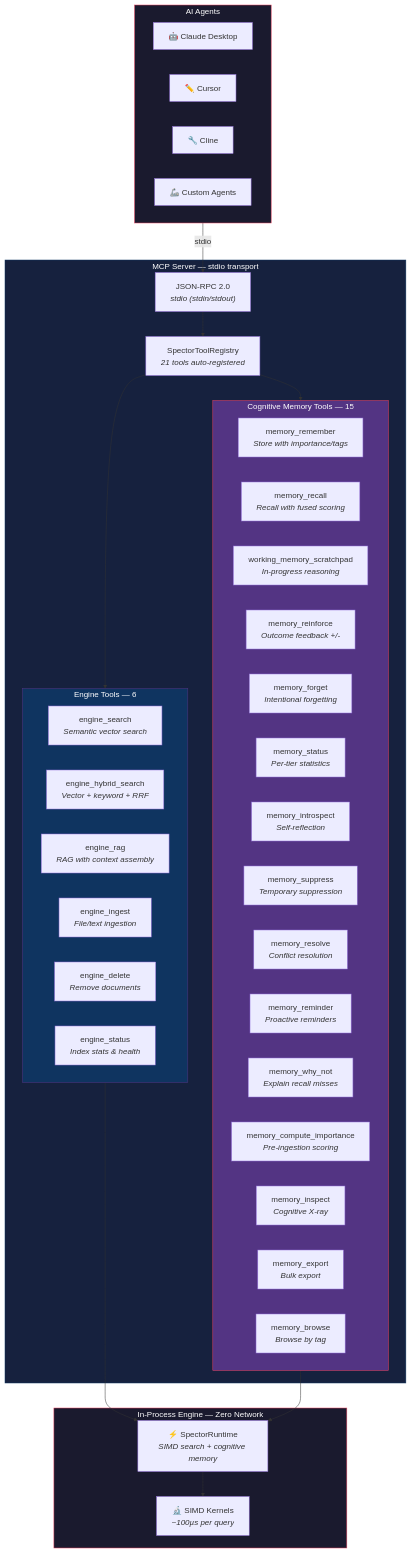
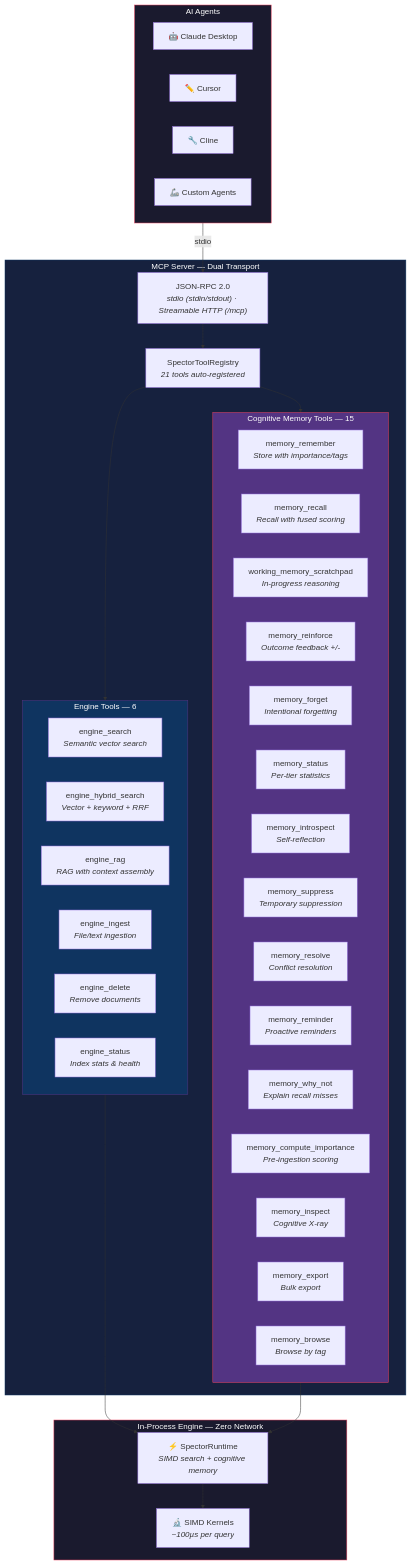
One commit to spectrayan/spector changed the fourth of 5 diagrams in README.md. Above: the diagram before and after it, drawn with Mermaid. The commit also changed other lines of this file and 38 other files, not shown here.

First line of the commit message:
docs(memory): replace implementation details with functional diagrams and product-focused content (#33)

````diff
--- a/README.md
+++ b/README.md
@@ -179,58 +181,58 @@
 ```mermaid
 graph TB
     subgraph Agents["AI Agents"]
         claude["🤖 Claude Desktop"]
         cursor["✏️ Cursor"]
         cline["🔧 Cline"]
         custom["🦾 Custom Agents"]
     end
 
-    subgraph MCP["MCP Server — stdio transport"]
-        transport["JSON-RPC 2.0<br/><i>stdio (stdin/stdout)</i>"]
+    subgraph MCP["MCP Server — Dual Transport"]
+        transport["JSON-RPC 2.0<br/><i>stdio (stdin/stdout) · Streamable HTTP (/mcp)</i>"]
         registry["SpectorToolRegistry<br/><i>21 tools auto-registered</i>"]
 
         subgraph EngineTools["Engine Tools — 6"]
             engine_search["engine_search<br/><i>Semantic vector search</i>"]
             engine_hybrid["engine_hybrid_search<br/><i>Vector + keyword + RRF</i>"]
             engine_rag["engine_rag<br/><i>RAG with context assembly</i>"]
             engine_ingest["engine_ingest<br/><i>File/text ingestion</i>"]
             engine_delete["engine_delete<br/><i>Remove documents</i>"]
             engine_status["engine_status<br/><i>Index stats & health</i>"]
         end
 
         subgraph MemoryTools["Cognitive Memory Tools — 15"]
             mem_remember["memory_remember<br/><i>Store with importance/tags</i>"]
             mem_recall["memory_recall<br/><i>Recall with fused scoring</i>"]
             mem_scratchpad["working_memory_scratchpad<br/><i>In-progress reasoning</i>"]
             mem_reinforce["memory_reinforce<br/><i>Outcome feedback +/-</i>"]
             mem_forget["memory_forget<br/><i>Intentional forgetting</i>"]
             mem_status["memory_status<br/><i>Per-tier statistics</i>"]
             mem_introspect["memory_introspect<br/><i>Self-reflection</i>"]
             mem_suppress["memory_suppress<br/><i>Temporary suppression</i>"]
             mem_resolve["memory_resolve<br/><i>Conflict resolution</i>"]
             mem_reminder["memory_reminder<br/><i>Proactive reminders</i>"]
             mem_whynot["memory_why_not<br/><i>Explain recall misses</i>"]
             mem_importance["memory_compute_importance<br/><i>Pre-ingestion scoring</i>"]
             mem_inspect["memory_inspect<br/><i>Cognitive X-ray</i>"]
             mem_export["memory_export<br/><i>Bulk export</i>"]
             mem_browse["memory_browse<br/><i>Browse by tag</i>"]
         end
     end
 
     subgraph Core["In-Process Engine — Zero Network"]
         runtime["⚡ SpectorRuntime<br/><i>SIMD search + cognitive memory</i>"]
         simd["🔬 SIMD Kernels<br/><i>~100µs per query</i>"]
     end
 
     Agents -->|stdio| transport
     transport --> registry
     registry --> EngineTools & MemoryTools
     EngineTools & MemoryTools --> runtime
     runtime --> simd
 
     style Agents fill:#1a1a2e,stroke:#e94560,color:#fff
     style MCP fill:#16213e,stroke:#0f3460,color:#fff
     style EngineTools fill:#0f3460,stroke:#533483,color:#fff
     style MemoryTools fill:#533483,stroke:#e94560,color:#fff
     style Core fill:#1a1a2e,stroke:#e94560,color:#fff
 ```
````
